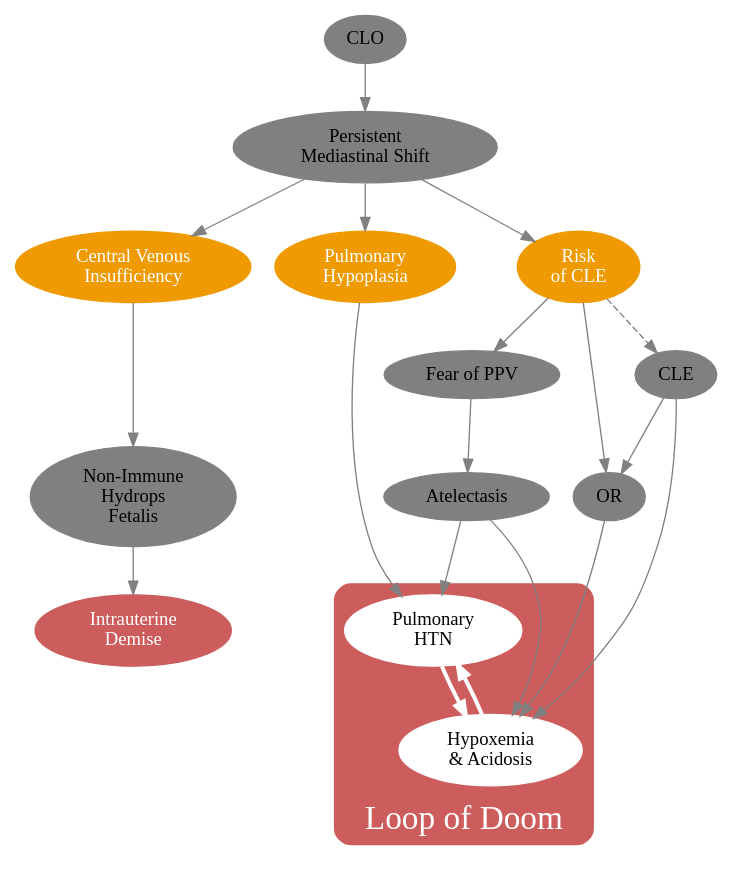
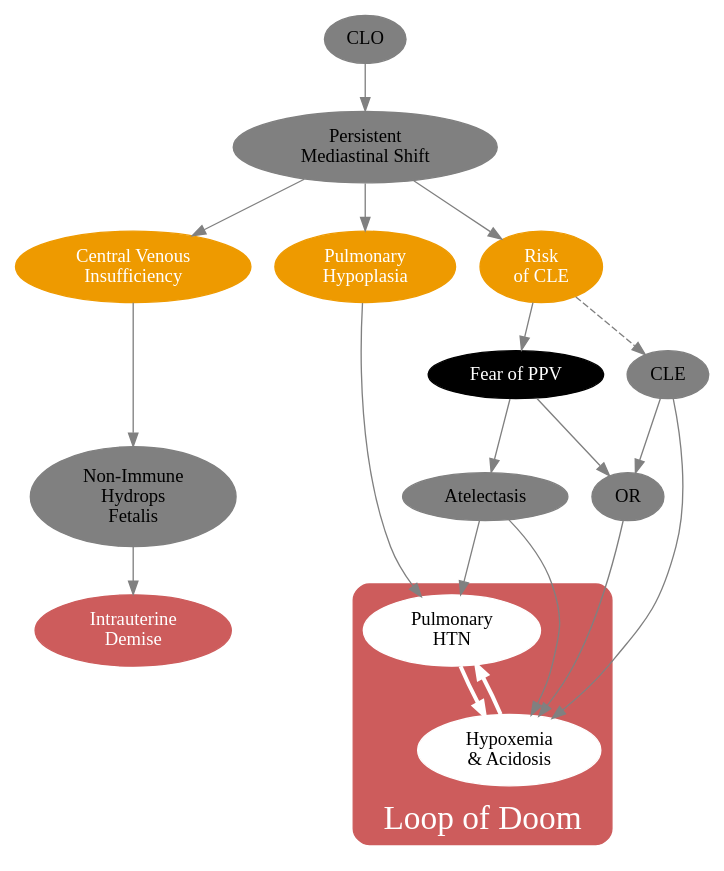
One commit to mdtsandman/CLO changed the diagram in CLO3.dot. Above: the diagram before and after it, drawn with Graphviz. The commit also changed 2 other files, not shown here.

```diff
--- a/CLO3.dot
+++ b/CLO3.dot
@@ -1,54 +1,54 @@
 digraph Risks {
 
 rankdir=TB;
 newrank=true;
 compound=true;
 
 node [color=grey style=filled fillcolor=grey];
 edge [color=grey];
 
 CLO [label="CLO"];
 PMS [label="Persistent\nMediastinal Shift"];
 CVP [label="Central Venous\nInsufficiency" style=filled fontcolor=white fillcolor=orange2 color=orange2];
 PHP [label="Pulmonary\nHypoplasia" style=filled fontcolor=white fillcolor=orange2 color=orange2];
 MaybeCLE [label="Risk\nof CLE" style=filled fontcolor=white fillcolor=orange2 color=orange2];
 NIHF [label="Non-Immune\nHydrops\nFetalis"];
 IUD [label="Intrauterine\nDemise" style=filled fontcolor=white fillcolor=indianred color=indianred];
 CLE [label="CLE"];
 OR [label="OR"];
-Fear [label="Fear of PPV"];
+Fear [label="Fear of PPV" style=filled fontcolor=white fillcolor=black color=black];
 Collapse [label="Atelectasis"];
 
 CLO -> PMS;
 PMS -> {CVP, PHP, MaybeCLE};
 CVP -> NIHF -> IUD;
 PHP -> PHTN;
 
-MaybeCLE -> OR;
 MaybeCLE -> CLE[style=dashed];
 MaybeCLE -> Fear -> Collapse -> {Badness, PHTN};
+Fear -> OR;
 CLE -> {Badness OR};
 OR -> Badness;
 
 subgraph clusterFuck {
 
 	label="Loop of Doom";
 	style=rounded;
 	fontsize=25;
 	fontcolor="white";
 	labelloc=b;	
 	color=indianred;
 	bgcolor=indianred;
 
 	PHTN [label="Pulmonary\nHTN" style=filled fillcolor=white color=white];
 	Badness [label="Hypoxemia\n& Acidosis" style=filled fillcolor=white color=white];
 
 	PHTN -> Badness[color=white penwidth=3];
 	Badness -> PHTN[color=white penwidth=3];
 
 } //clusterFuck
 
 {rank=same PHP CVP MaybeCLE};
 {rank=same IUD PHTN};
 
 } //Risks
```
